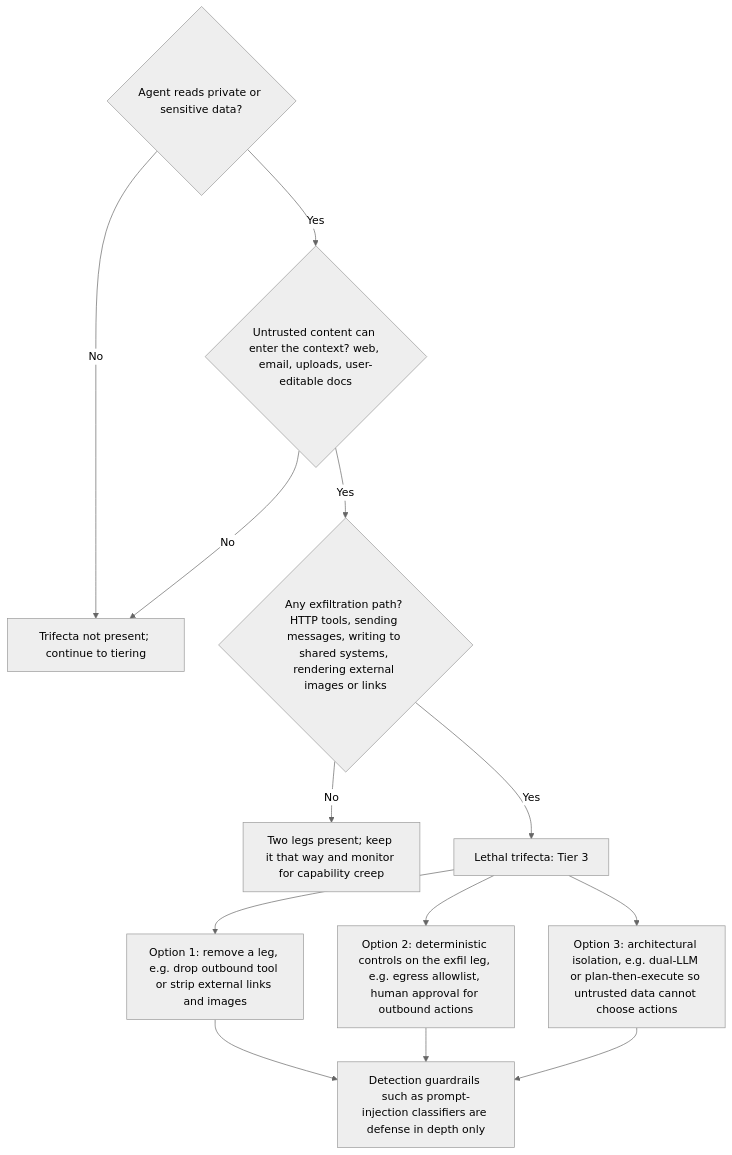
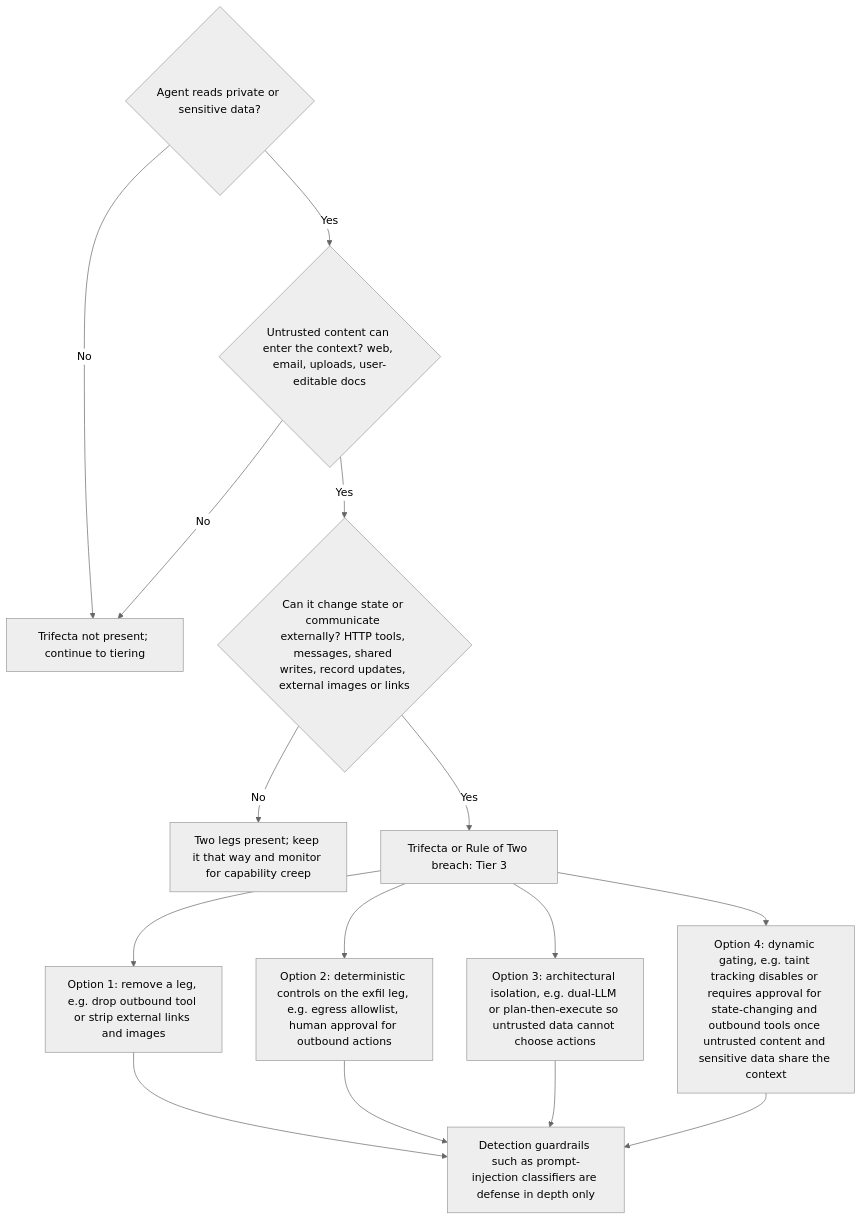
One commit to Sarangk90/awesome-agent-evals-and-guardrails changed the first of 5 diagrams in research/05-decision-framework/02-guardrail-selection-decision-tree.md. Above: the diagram before and after it, drawn with Mermaid (neutral theme). The commit also changed other lines of this file and 5 other files, not shown here.

````diff
--- a/research/05-decision-framework/02-guardrail-selection-decision-tree.md
+++ b/research/05-decision-framework/02-guardrail-selection-decision-tree.md
@@ -56,15 +69,17 @@
 ```mermaid
 flowchart TD
     A{"Agent reads private or sensitive data?"} -- No --> OK["Trifecta not present; continue to tiering"]
     A -- Yes --> B{"Untrusted content can enter the context? web, email, uploads, user-editable docs"}
     B -- No --> OK
-    B -- Yes --> C{"Any exfiltration path? HTTP tools, sending messages, writing to shared systems, rendering external images or links"}
+    B -- Yes --> C{"Can it change state or communicate externally? HTTP tools, messages, shared writes, record updates, external images or links"}
     C -- No --> OK2["Two legs present; keep it that way and monitor for capability creep"]
-    C -- Yes --> T["Lethal trifecta: Tier 3"]
+    C -- Yes --> T["Trifecta or Rule of Two breach: Tier 3"]
     T --> F1["Option 1: remove a leg, e.g. drop outbound tool or strip external links and images"]
     T --> F2["Option 2: deterministic controls on the exfil leg, e.g. egress allowlist, human approval for outbound actions"]
     T --> F3["Option 3: architectural isolation, e.g. dual-LLM or plan-then-execute so untrusted data cannot choose actions"]
+    T --> F4["Option 4: dynamic gating, e.g. taint tracking disables or requires approval for state-changing and outbound tools once untrusted content and sensitive data share the context"]
     F1 --> D["Detection guardrails such as prompt-injection classifiers are defense in depth only"]
     F2 --> D
     F3 --> D
+    F4 --> D
 ```
````
